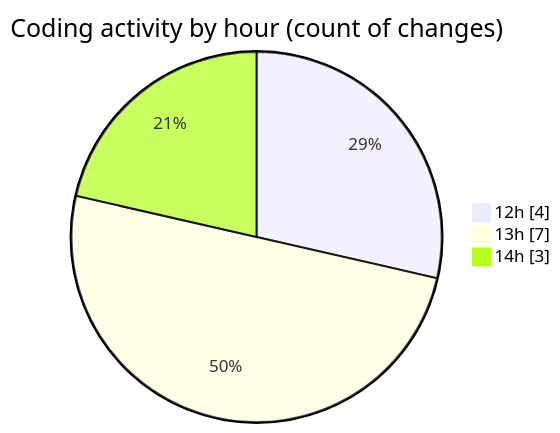
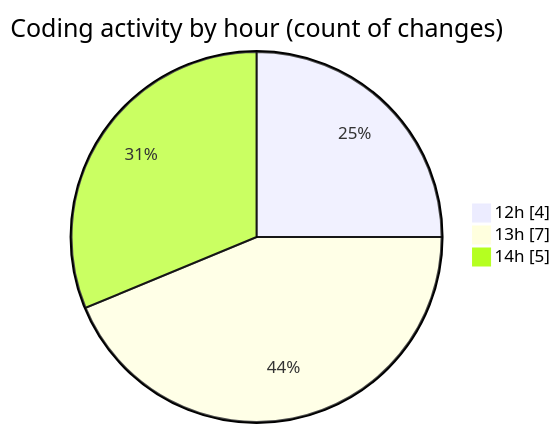
Before and after one commit to MatusMokan/code-tracking: the second of 2 diagrams in 2025-10-25/untitled__workspace_/README.md, drawn with Mermaid. The commit also changed other lines of this file and 1 other file, not shown here.

````diff
--- a/2025-10-25/untitled__workspace_/README.md
+++ b/2025-10-25/untitled__workspace_/README.md
@@ -28,7 +28,7 @@
 ```mermaid
 pie showData
 title Coding activity by hour (count of changes)
 "12h" : 4
 "13h" : 7
-"14h" : 3
+"14h" : 5
 ```
````
